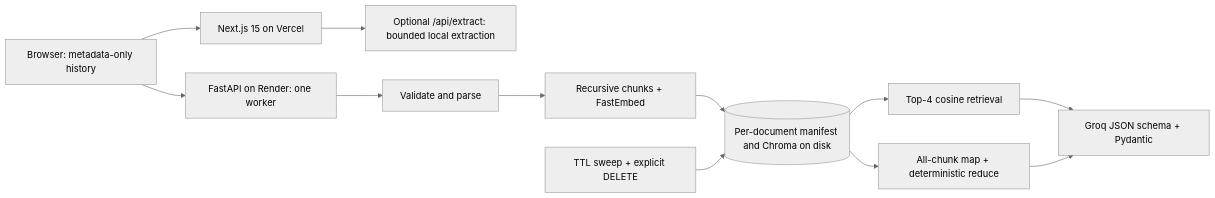
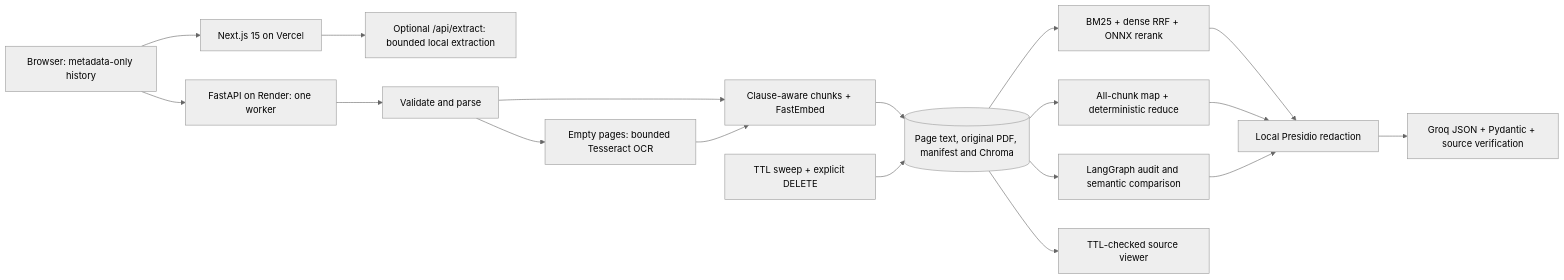
One commit to ISHAN12369/contractup changed the diagram in README.md. Above: the diagram before and after it, drawn with Mermaid (neutral theme). The commit also changed other lines of this file and 52 other files, not shown here.

Commit message:
feat: add source-grounded contract audit and comparison workflows

````diff
--- a/README.md
+++ b/README.md
@@ -19,14 +21,20 @@
 ```mermaid
 flowchart LR
   B[Browser: metadata-only history] --> N[Next.js 15 on Vercel]
   B --> A[FastAPI on Render: one worker]
   N --> X[Optional /api/extract: bounded local extraction]
   A --> P[Validate and parse]
-  P --> C[Recursive chunks + FastEmbed]
-  C --> D[(Per-document manifest and Chroma on disk)]
-  D --> Q[Top-4 cosine retrieval]
+  P --> O[Empty pages: bounded Tesseract OCR]
+  P --> C[Clause-aware chunks + FastEmbed]
+  O --> C
+  C --> D[(Page text, original PDF, manifest and Chroma)]
+  D --> Q[BM25 + dense RRF + ONNX rerank]
   D --> M[All-chunk map + deterministic reduce]
-  Q --> G[Groq JSON schema + Pydantic]
-  M --> G
+  D --> W[LangGraph audit and semantic comparison]
+  Q --> R[Local Presidio redaction]
+  M --> R
+  W --> R
+  R --> G[Groq JSON + Pydantic + source verification]
+  D --> V[TTL-checked source viewer]
   T[TTL sweep + explicit DELETE] --> D
 ```
````
